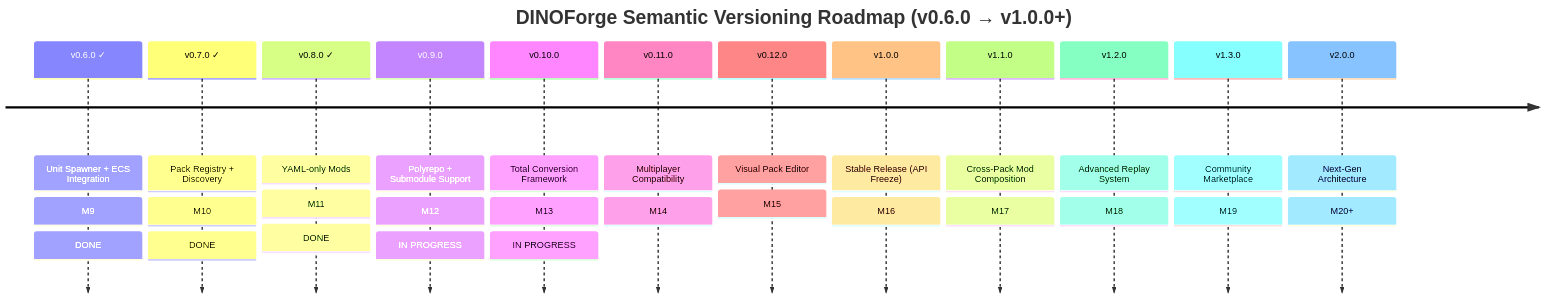
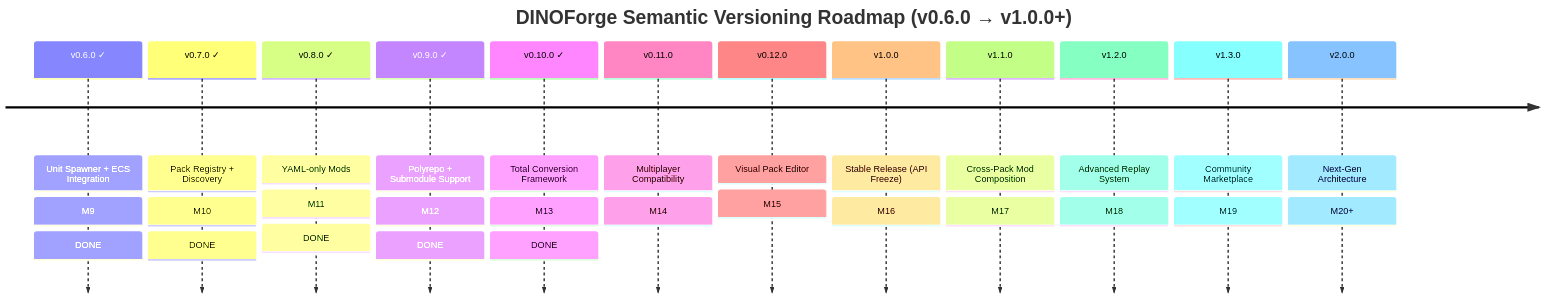
One commit to KooshaPari/Dino changed the first of 2 diagrams in docs/ROADMAP.md. Above: the diagram before and after it, drawn with Mermaid. The commit also changed other lines of this file and 2 other files, not shown here.

Commit message:
docs: mark M12 and M13 as complete in PRD and ROADMAP

````diff
--- a/docs/ROADMAP.md
+++ b/docs/ROADMAP.md
@@ -15,17 +15,17 @@
 ```mermaid
 timeline
     title DINOForge Semantic Versioning Roadmap (v0.6.0 → v1.0.0+)
 
     v0.6.0 ✓ : Unit Spawner + ECS Integration : M9 : DONE
     v0.7.0 ✓ : Pack Registry + Discovery : M10 : DONE
     v0.8.0 ✓ : YAML-only Mods : M11 : DONE
-    v0.9.0 : Polyrepo + Submodule Support : M12 : IN PROGRESS
-    v0.10.0 : Total Conversion Framework : M13 : IN PROGRESS
+    v0.9.0 ✓ : Polyrepo + Submodule Support : M12 : DONE
+    v0.10.0 ✓ : Total Conversion Framework : M13 : DONE
     v0.11.0 : Multiplayer Compatibility : M14
     v0.12.0 : Visual Pack Editor : M15
     v1.0.0 : Stable Release (API Freeze) : M16
     v1.1.0 : Cross-Pack Mod Composition : M17
     v1.2.0 : Advanced Replay System : M18
     v1.3.0 : Community Marketplace : M19
     v2.0.0 : Next-Gen Architecture : M20+
 ```
````
